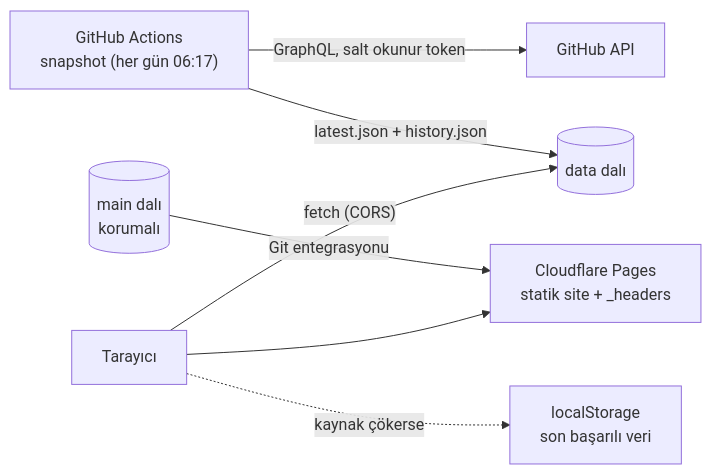
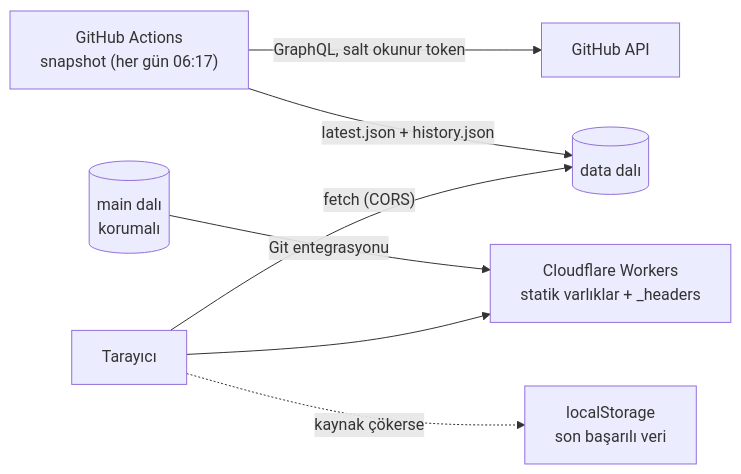
Before and after one commit to enesaltiparmak/acik-kaynak-radari: the diagram in README.md, drawn with Mermaid. The commit also changed other lines of this file and 5 other files, not shown here.

````diff
--- a/README.md
+++ b/README.md
@@ -18,9 +18,9 @@
 ```mermaid
 flowchart LR
   CRON["GitHub Actions<br/>snapshot (her gün 06:17)"] -- "GraphQL, salt okunur token" --> API["GitHub API"]
   CRON -- "latest.json + history.json" --> DATA[("data dalı")]
-  MAIN[("main dalı<br/>korumalı")] -- "Git entegrasyonu" --> CF["Cloudflare Pages<br/>statik site + _headers"]
+  MAIN[("main dalı<br/>korumalı")] -- "Git entegrasyonu" --> CF["Cloudflare Workers<br/>statik varlıklar + _headers"]
   BROWSER["Tarayıcı"] --> CF
   BROWSER -- "fetch (CORS)" --> DATA
   BROWSER -. "kaynak çökerse" .-> CACHE["localStorage<br/>son başarılı veri"]
 ```
````
